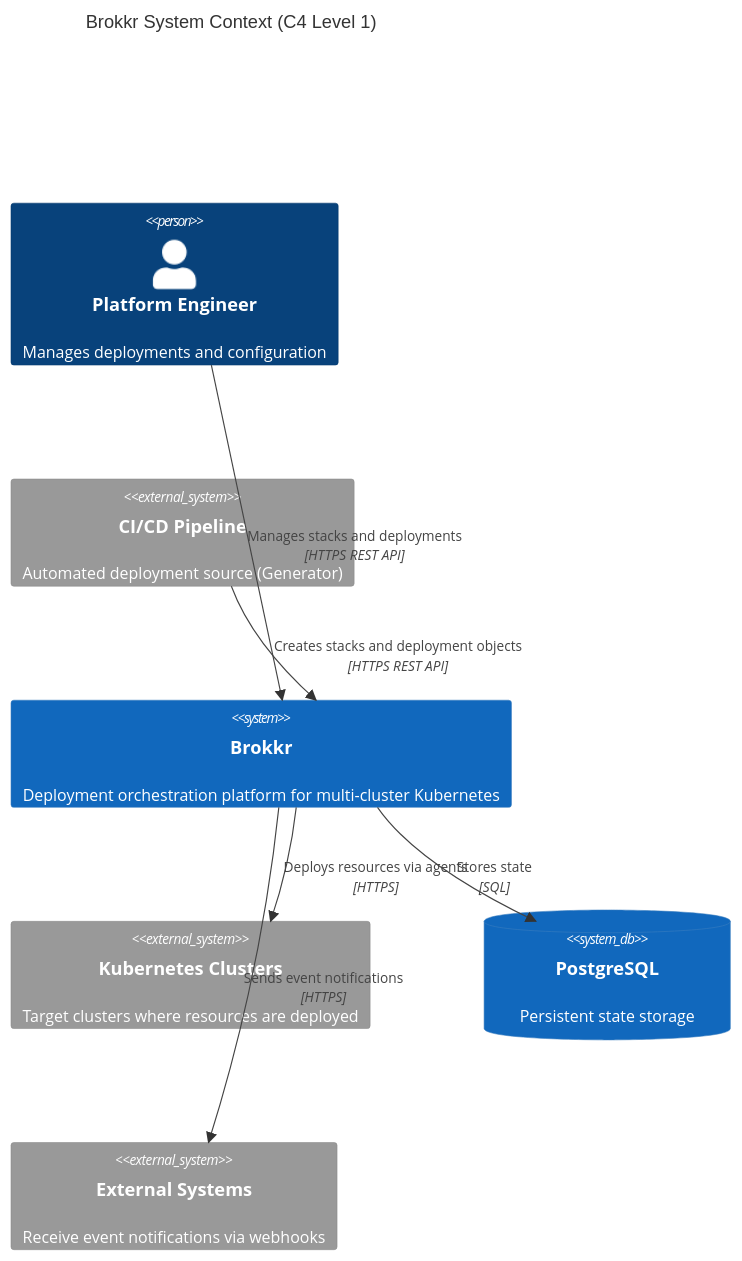
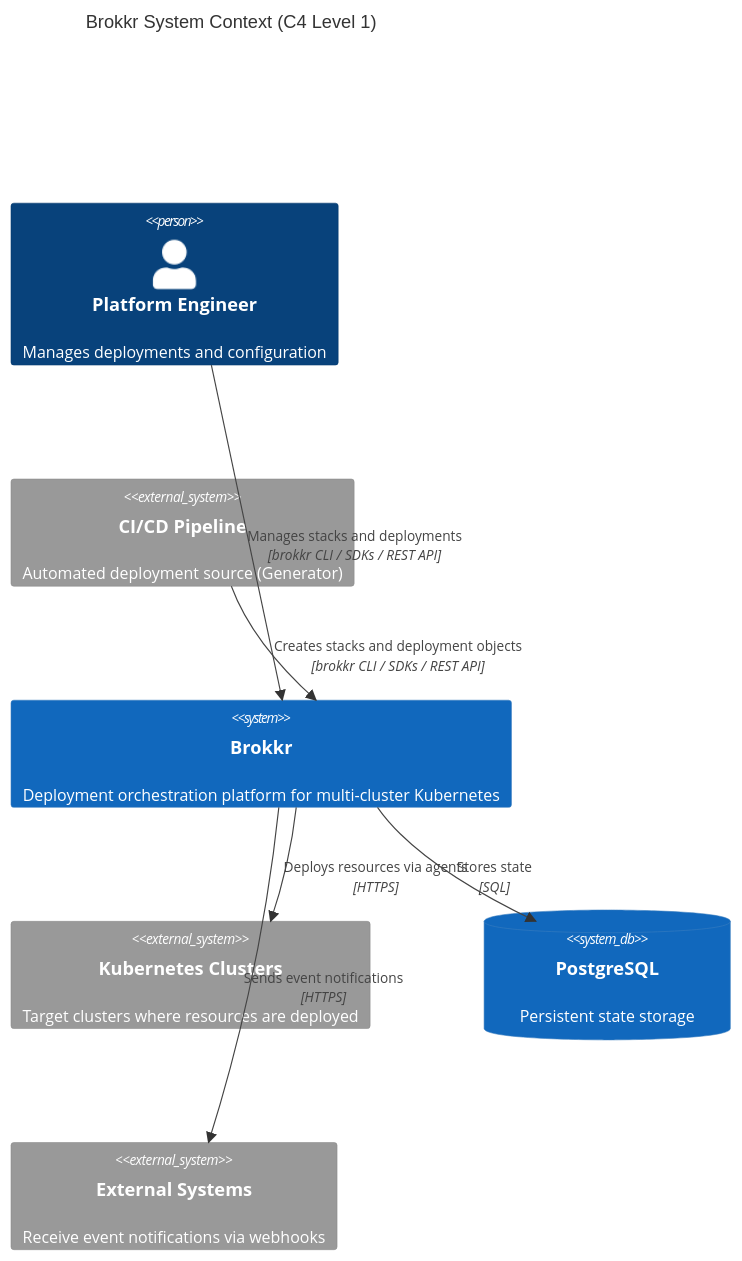
The first of 6 diagrams in docs/src/explanation/architecture.md (colliery-io/brokkr), drawn with Mermaid before and after one commit. The commit also changed other lines of this file and 40 other files, not shown here.

````diff
--- a/docs/src/explanation/architecture.md
+++ b/docs/src/explanation/architecture.md
@@ -7,19 +7,19 @@
 ```mermaid
 C4Context
     title Brokkr System Context (C4 Level 1)
 
     Person(engineer, "Platform Engineer", "Manages deployments and configuration")
     System_Ext(cicd, "CI/CD Pipeline", "Automated deployment source (Generator)")
 
     System(brokkr, "Brokkr", "Deployment orchestration platform for multi-cluster Kubernetes")
 
     System_Ext(k8s, "Kubernetes Clusters", "Target clusters where resources are deployed")
     SystemDb(pg, "PostgreSQL", "Persistent state storage")
     System_Ext(webhooks, "External Systems", "Receive event notifications via webhooks")
 
-    Rel(engineer, brokkr, "Manages stacks and deployments", "HTTPS REST API")
-    Rel(cicd, brokkr, "Creates stacks and deployment objects", "HTTPS REST API")
+    Rel(engineer, brokkr, "Manages stacks and deployments", "brokkr CLI / SDKs / REST API")
+    Rel(cicd, brokkr, "Creates stacks and deployment objects", "brokkr CLI / SDKs / REST API")
     Rel(brokkr, pg, "Stores state", "SQL")
     Rel(brokkr, k8s, "Deploys resources via agents", "HTTPS")
     Rel(brokkr, webhooks, "Sends event notifications", "HTTPS")
 ```
````
